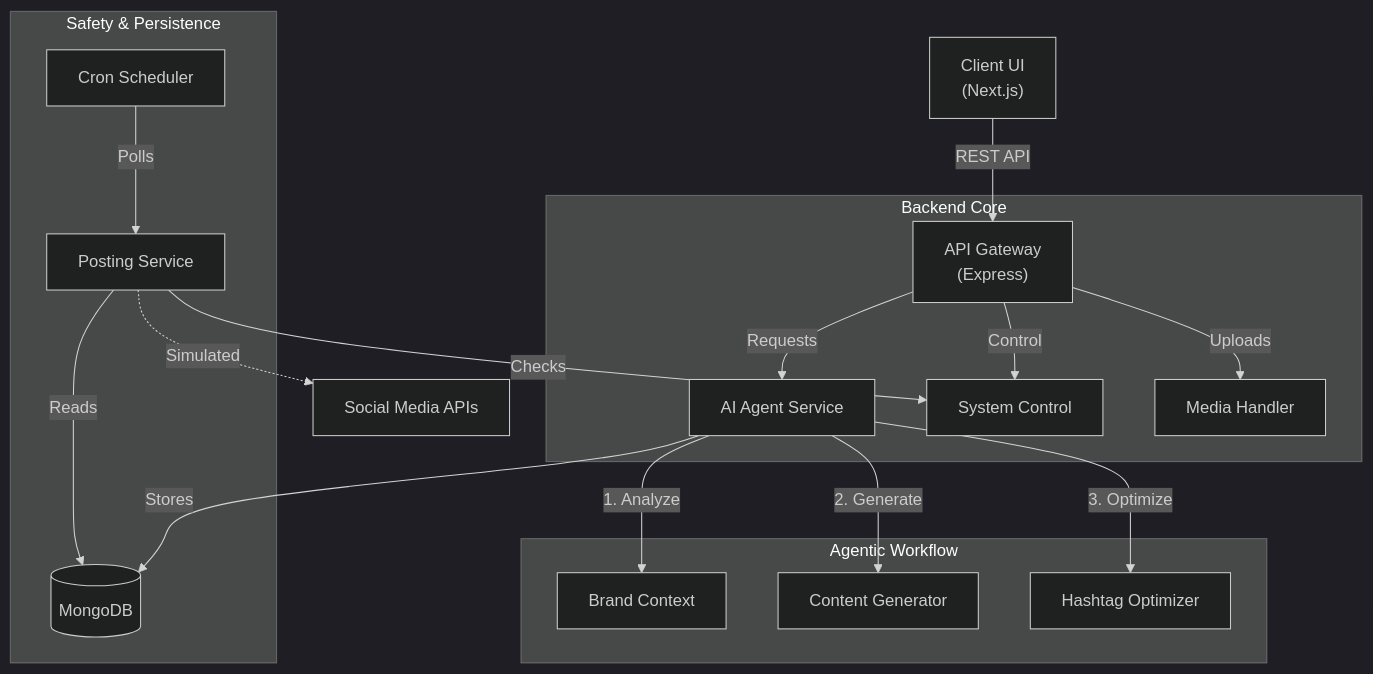
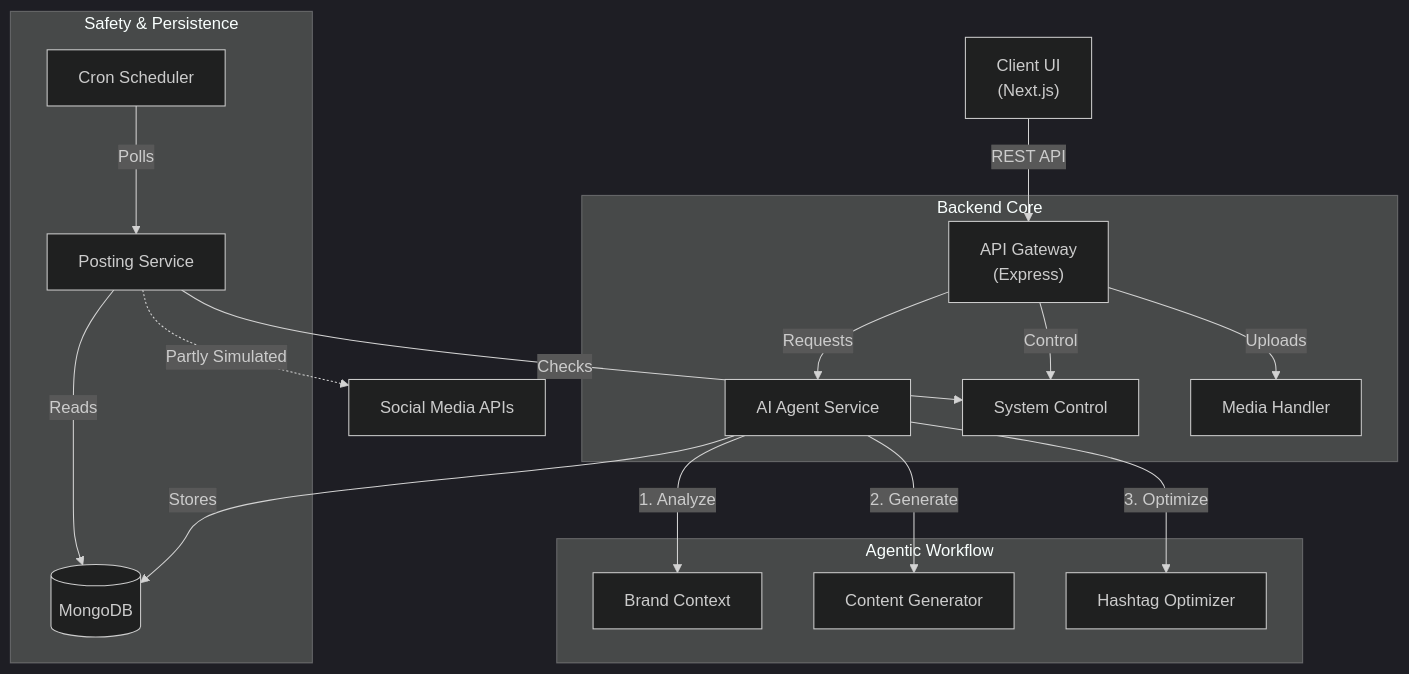
Before and after one commit to Joelisking/ai-content-agent: the diagram in architecture_deliverable.md, drawn with Mermaid (dark theme). The commit also changed 12 other files, not shown here.

````diff
--- a/architecture_deliverable.md
+++ b/architecture_deliverable.md
@@ -7,25 +7,25 @@
 ```mermaid
 graph TD
     Client["Client UI <br>(Next.js)"] -->|REST API| Gateway["API Gateway <br>(Express)"]
 
     subgraph "Backend Core"
         Gateway -->|Requests| AIService[AI Agent Service]
         Gateway -->|Control| SysControl[System Control]
         Gateway -->|Uploads| MediaService[Media Handler]
     end
 
     subgraph "Agentic Workflow"
         AIService -->|1. Analyze| Context[Brand Context]
         AIService -->|2. Generate| ContentGen[Content Generator]
         AIService -->|3. Optimize| SeoOpt[Hashtag Optimizer]
     end
 
     subgraph "Safety & Persistence"
         Cron[Cron Scheduler] -->|Polls| PostingService[Posting Service]
         PostingService -->|Checks| SysControl
         PostingService -->|Reads| DB[(MongoDB)]
         AIService -->|Stores| DB
     end
 
-    PostingService -.->|Simulated| SocialAPIs[Social Media APIs]
+    PostingService -.->|Partly Simulated| SocialAPIs[Social Media APIs]
 ```
````
